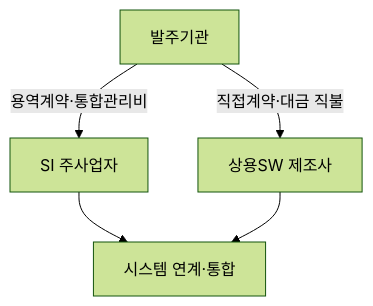
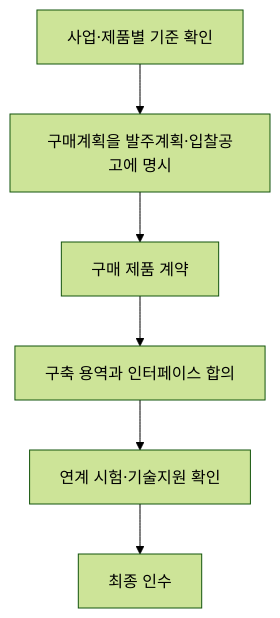
One commit to agnusdei1207/study changed the second of 2 diagrams in src/content/docs/notes/itpe/02-software-engineering/101_commercial_sw_direct_purchase.md. Above: the diagram before and after it, drawn with Mermaid (forest theme). The commit also changed other lines of this file and 31 other files, not shown here.

````diff
--- a/src/content/docs/notes/itpe/02-software-engineering/101_commercial_sw_direct_purchase.md
+++ b/src/content/docs/notes/itpe/02-software-engineering/101_commercial_sw_direct_purchase.md
@@ -59,7 +99,8 @@
 ```mermaid
-flowchart TB
-    G["발주기관"] -->|용역계약·통합관리비| S["SI 주사업자"]
-    G -->|직접계약·대금 직불| V["상용SW 제조사"]
-    S --> I["시스템 연계·통합"]
-    V --> I
+flowchart TD
+    A["사업·제품별 기준 확인"] --> B["구매계획을 발주계획·입찰공고에 명시"]
+    B --> C["구매 제품 계약"]
+    C --> D["구축 용역과 인터페이스 합의"]
+    D --> E["연계 시험·기술지원 확인"]
+    E --> F["최종 인수"]
 ```
````
